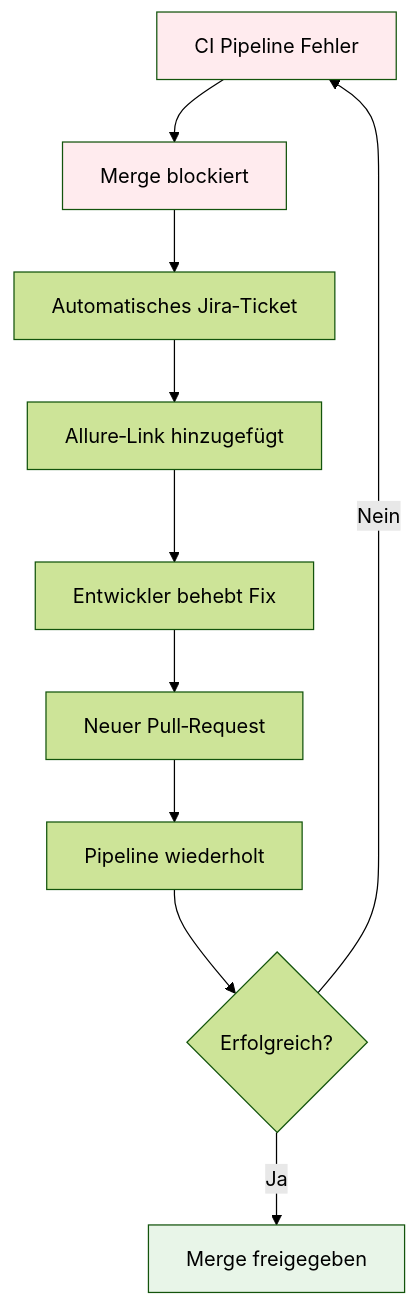
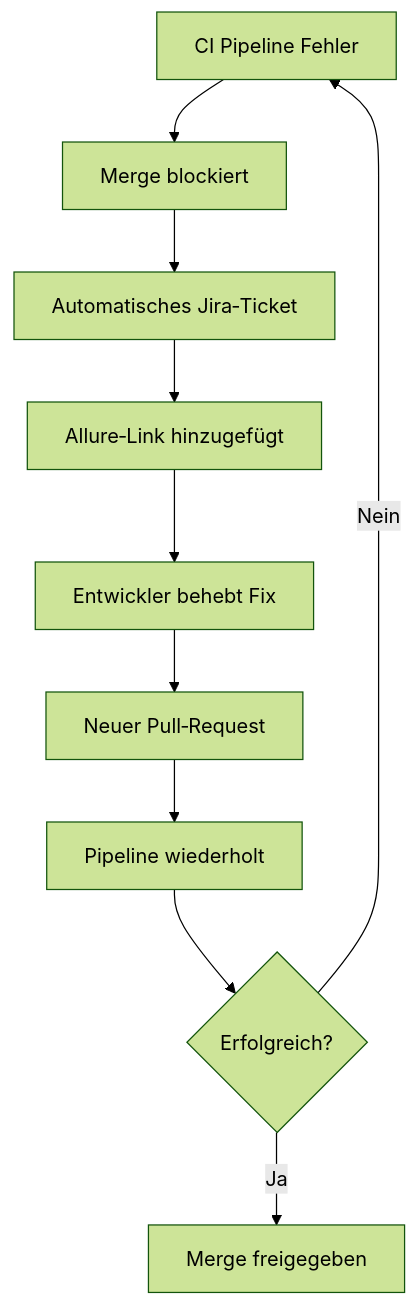
The third of 3 diagrams in m450/2a/Dokumentation.md (lyfe691/wiss-forum), drawn with Mermaid (forest theme) before and after one commit.

Commit message:
refactor(m450; 2a): rm mermaid

````diff
--- a/m450/2a/Dokumentation.md
+++ b/m450/2a/Dokumentation.md
@@ -204,16 +204,12 @@
 ```mermaid
 flowchart TD
     A[CI Pipeline Fehler] --> B[Merge blockiert]
     B --> C[Automatisches Jira‑Ticket]
     C --> D[Allure‑Link hinzugefügt]
     D --> E[Entwickler behebt Fix]
     E --> F[Neuer Pull‑Request]
     F --> G[Pipeline wiederholt]
     G --> H{Erfolgreich?}
     H -->|Nein| A
     H -->|Ja| I[Merge freigegeben]
-    
-    style A fill:#ffebee
-    style B fill:#ffebee
-    style I fill:#e8f5e8
 ```
````
